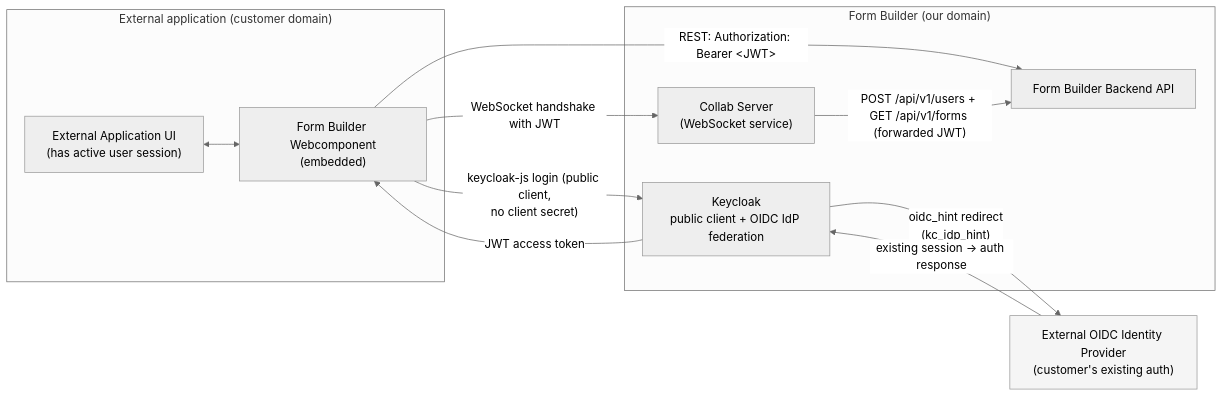
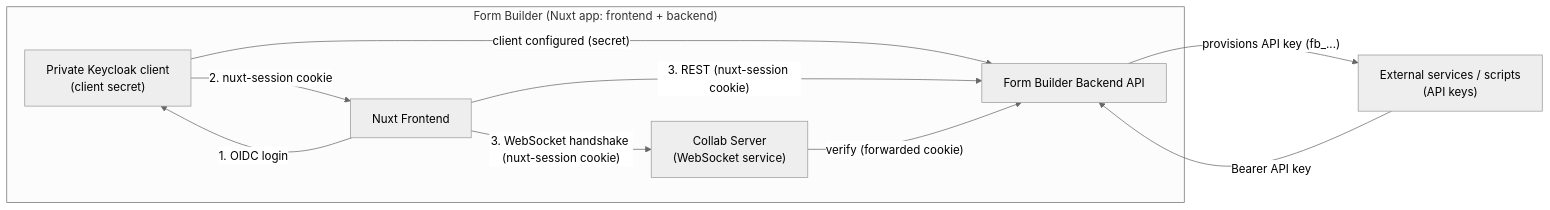
Before and after one commit to educorvi/vue-json-form: the first of 5 diagrams in apps/vue-json-forms-builder/docs/auth/README.md, drawn with Mermaid (neutral theme). The commit also changed other lines of this file, not shown here.

````diff
--- a/apps/vue-json-forms-builder/docs/auth/README.md
+++ b/apps/vue-json-forms-builder/docs/auth/README.md
@@ -27,26 +34,22 @@
 ```mermaid
 flowchart LR
-    subgraph ExtApp["External application (customer domain)"]
-        UI["External Application UI<br/>(has active user session)"]
-        WC["Form Builder Webcomponent<br/>(embedded)"]
-        UI <--> WC
-    end
-
-    subgraph FB["Form Builder (our domain)"]
-        KC["Keycloak<br/>public client + OIDC IdP federation"]
+    subgraph FB["Form Builder (Nuxt app: frontend + backend)"]
+        KCU["Private Keycloak client<br/>(client secret)"]
+        NUI["Nuxt Frontend"]
         API["Form Builder Backend API"]
         WS["Collab Server<br/>(WebSocket service)"]
     end
 
-    IDP["External OIDC Identity Provider<br/>(customer's existing auth)"]
+    EXT["External services / scripts<br/>(API keys)"]
 
-    WC -- "keycloak-js login (public client,<br/>no client secret)" --> KC
-    KC -- "oidc_hint redirect<br/>(kc_idp_hint)" --> IDP
-    IDP -- "existing session → auth response" --> KC
-    KC -- "JWT access token" --> WC
-    WC -- "REST: Authorization: Bearer &lt;JWT&gt;" --> API
-    WC -- "WebSocket handshake with JWT" --> WS
-    WS -- "POST /api/v1/users + GET /api/v1/forms (forwarded JWT)" --> API
+    NUI -- "1. OIDC login" --> KCU
+    KCU -- "2. nuxt-session cookie" --> NUI
+    KCU -- "client configured (secret)" --> API
 
-    style IDP fill:#f5f5f5,stroke:#999
+    NUI -- "3. REST (nuxt-session cookie)" --> API
+    NUI -- "3. WebSocket handshake (nuxt-session cookie)" --> WS
+    WS -- "verify (forwarded cookie)" --> API
+
+    API -- "provisions API key (fb_...)" --> EXT
+    EXT -- "Bearer API key" --> API
 ```
````
